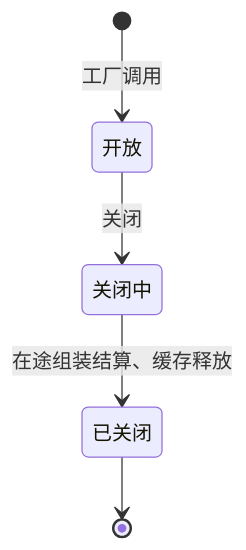
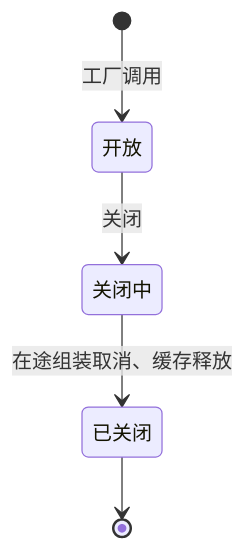
One commit to nemori-ai/omne-harness-lite changed the second of 2 diagrams in packages/context/request-context/docs/object-model.md. Above: the diagram before and after it, drawn with Mermaid. The commit also changed other lines of this file and 68 other files, not shown here.

````diff
--- a/packages/context/request-context/docs/object-model.md
+++ b/packages/context/request-context/docs/object-model.md
@@ -96,7 +101,7 @@
 ```mermaid
 stateDiagram-v2
   [*] --> 开放: 工厂调用
   开放 --> 关闭中: 关闭
-  关闭中 --> 已关闭: 在途组装结算、缓存释放
+  关闭中 --> 已关闭: 在途组装取消、缓存释放
   已关闭 --> [*]
 ```
````
